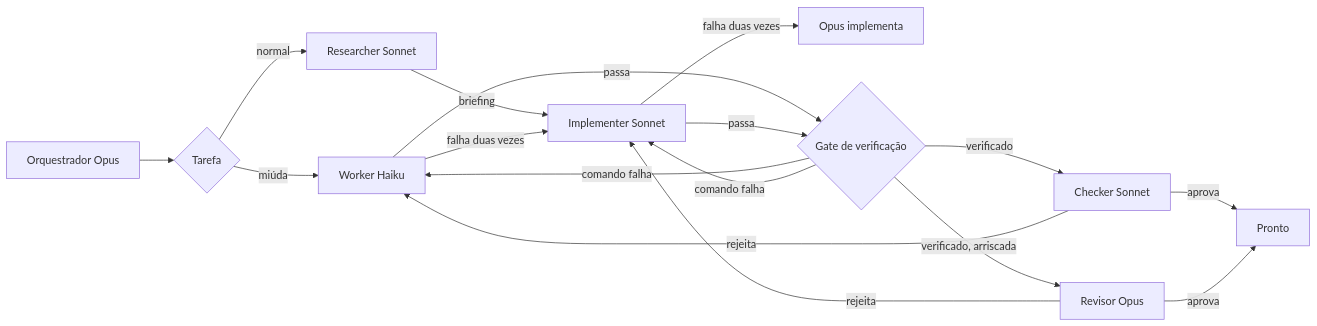
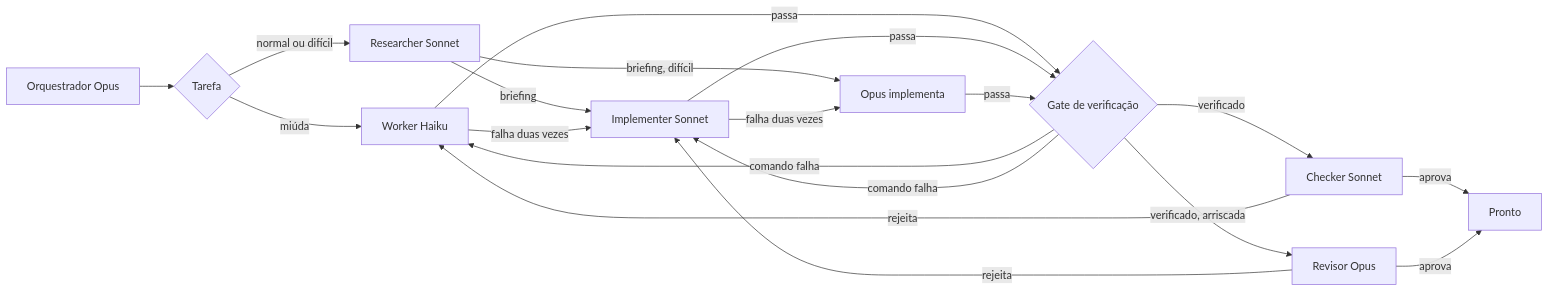
The diagram in README.pt-BR.md (edsoncantuaria/cc-tiers), drawn with Mermaid before and after one commit. The commit also changed other lines of this file and 2 other files, not shown here.

Commit message:
Docs e versão 0.8.0: tarefa difícil começa no Opus

````diff
--- a/README.pt-BR.md
+++ b/README.pt-BR.md
@@ -55,19 +55,21 @@
 ```mermaid
 flowchart LR
     A[Orquestrador Opus] --> B{Tarefa}
     B -- miúda --> C[Worker Haiku]
-    B -- normal --> R[Researcher Sonnet]
+    B -- normal ou difícil --> R[Researcher Sonnet]
     R -- briefing --> D[Implementer Sonnet]
+    R -- briefing, difícil --> E
     C -- falha duas vezes --> D
     D -- falha duas vezes --> E[Opus implementa]
     C -- passa --> V{Gate de verificação}
     D -- passa --> V
+    E -- passa --> V
     V -- comando falha --> C
     V -- comando falha --> D
     V -- verificado --> H[Checker Sonnet]
     V -- verificado, arriscada --> F[Revisor Opus]
     H -- rejeita --> C
     F -- rejeita --> D
     H -- aprova --> G[Pronto]
     F -- aprova --> G
 ```
````
